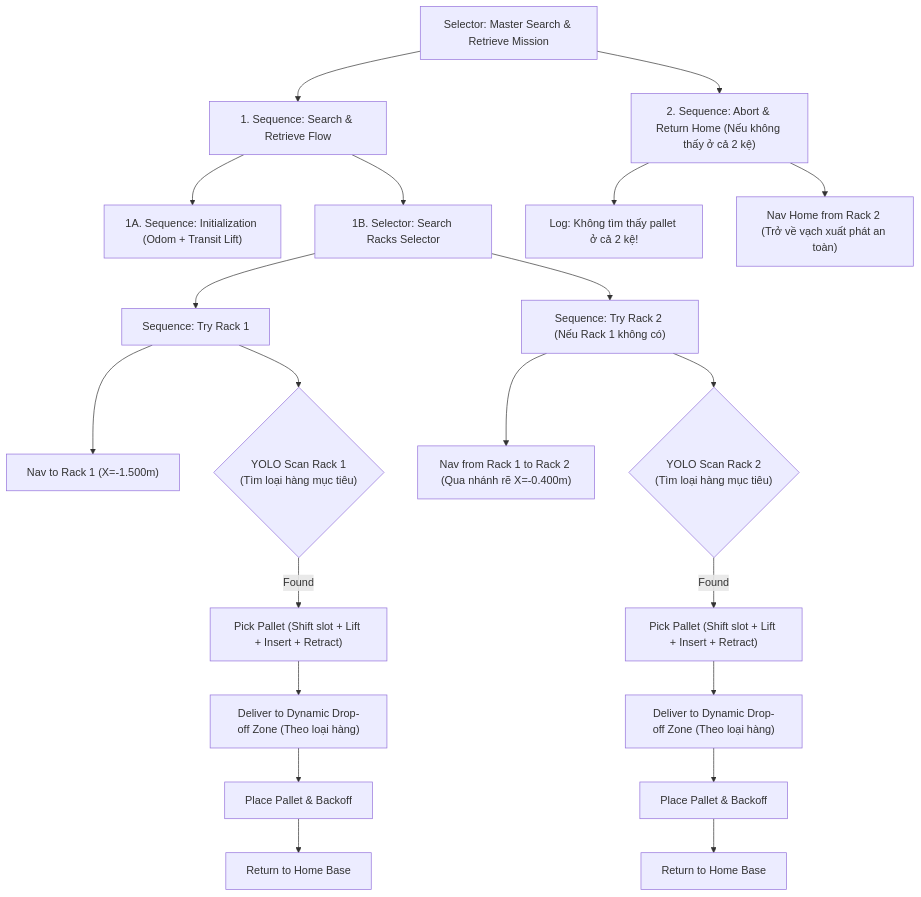
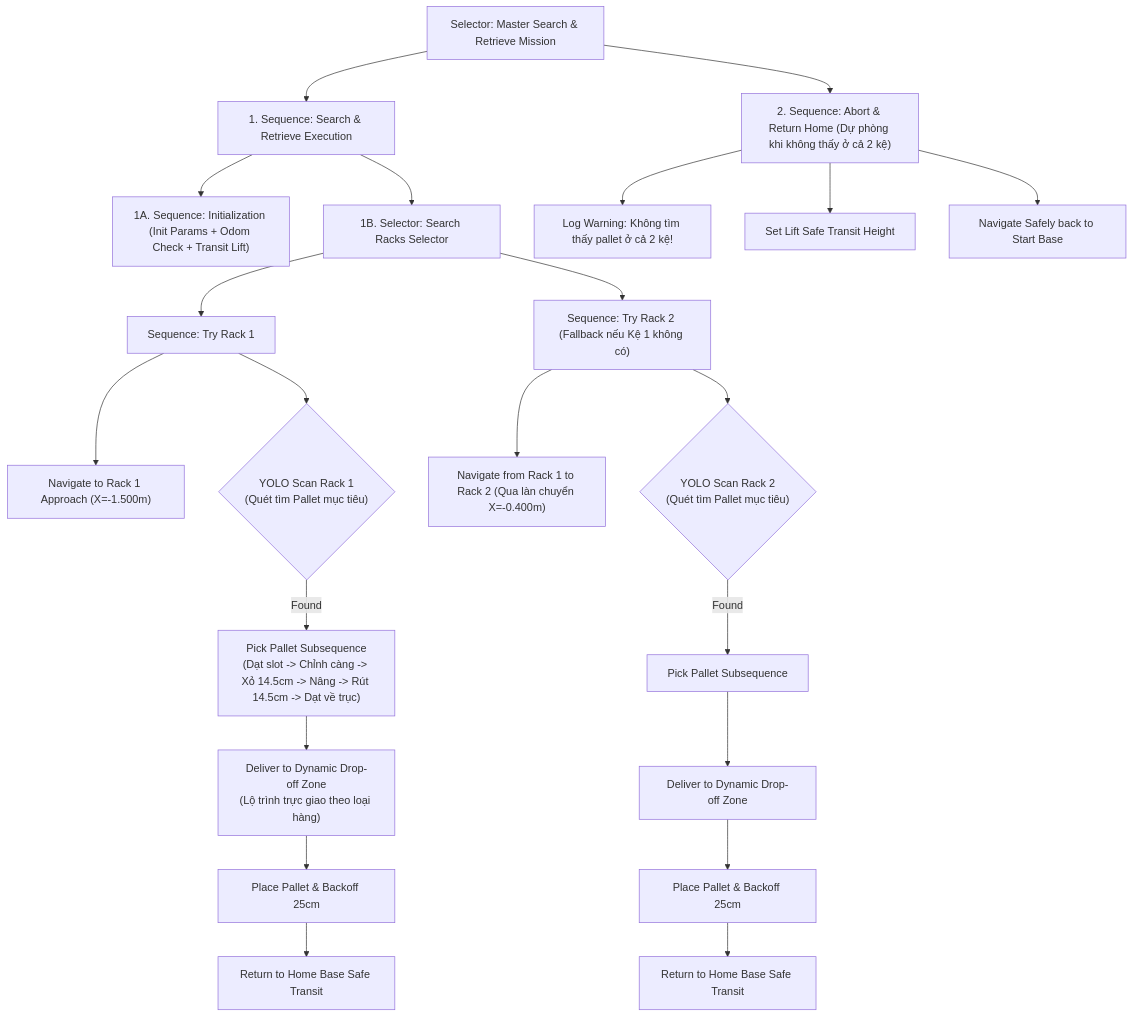
The diagram in src/robot0_navigation/README.md (vuquan2005/da-cdt), drawn with Mermaid before and after one commit. The commit also changed other lines of this file and 11 other files, not shown here.

````diff
--- a/src/robot0_navigation/README.md
+++ b/src/robot0_navigation/README.md
@@ -11,31 +23,32 @@
 ```mermaid
-graph TD
-    Master["Selector: Master Search & Retrieve Mission"] --> Flow["1. Sequence: Search & Retrieve Flow"]
-    Master --> Abort["2. Sequence: Abort & Return Home (Nếu không thấy ở cả 2 kệ)"]
+flowchart TD
+    Root["Selector: Master Search & Retrieve Mission"] --> Flow["1. Sequence: Search & Retrieve Execution"]
+    Root --> Abort["2. Sequence: Abort & Return Home (Dự phòng khi không thấy ở cả 2 kệ)"]
 
     %% Flow branches
-    Flow --> Init["1A. Sequence: Initialization (Odom + Transit Lift)"]
+    Flow --> Init["1A. Sequence: Initialization (Init Params + Odom Check + Transit Lift)"]
     Flow --> SearchSel["1B. Selector: Search Racks Selector"]
 
     %% Try Rack 1
     SearchSel --> TryR1["Sequence: Try Rack 1"]
-    TryR1 --> NavR1["Nav to Rack 1 (X=-1.500m)"]
-    TryR1 --> ScanR1{"YOLO Scan Rack 1<br/>(Tìm loại hàng mục tiêu)"}
-    ScanR1 -->|Found| PickR1["Pick Pallet (Shift slot + Lift + Insert + Retract)"]
-    PickR1 --> DeliverR1["Deliver to Dynamic Drop-off Zone (Theo loại hàng)"]
-    DeliverR1 --> PlaceR1["Place Pallet & Backoff"]
-    PlaceR1 --> ReturnR1["Return to Home Base"]
+    TryR1 --> NavR1["Navigate to Rack 1 Approach (X=-1.500m)"]
+    TryR1 --> ScanR1{"YOLO Scan Rack 1<br/>(Quét tìm Pallet mục tiêu)"}
+    ScanR1 -->|Found| PickR1["Pick Pallet Subsequence<br/>(Dạt slot -> Chỉnh càng -> Xỏ 14.5cm -> Nâng -> Rút 14.5cm -> Dạt về trục)"]
+    PickR1 --> DeliverR1["Deliver to Dynamic Drop-off Zone<br/>(Lộ trình trực giao theo loại hàng)"]
+    DeliverR1 --> PlaceR1["Place Pallet & Backoff 25cm"]
+    PlaceR1 --> ReturnR1["Return to Home Base Safe Transit"]
 
-    %% Try Rack 2 (Fallback if not found at Rack 1)
-    SearchSel --> TryR2["Sequence: Try Rack 2 (Nếu Rack 1 không có)"]
-    TryR2 --> NavR2["Nav from Rack 1 to Rack 2 (Qua nhánh rẽ X=-0.400m)"]
-    TryR2 --> ScanR2{"YOLO Scan Rack 2<br/>(Tìm loại hàng mục tiêu)"}
-    ScanR2 -->|Found| PickR2["Pick Pallet (Shift slot + Lift + Insert + Retract)"]
-    PickR2 --> DeliverR2["Deliver to Dynamic Drop-off Zone (Theo loại hàng)"]
-    DeliverR2 --> PlaceR2["Place Pallet & Backoff"]
-    PlaceR2 --> ReturnR2["Return to Home Base"]
+    %% Try Rack 2 (Fallback if Rack 1 does not have target pallet)
+    SearchSel --> TryR2["Sequence: Try Rack 2 (Fallback nếu Kệ 1 không có)"]
+    TryR2 --> NavR2["Navigate from Rack 1 to Rack 2 (Qua làn chuyển X=-0.400m)"]
+    TryR2 --> ScanR2{"YOLO Scan Rack 2<br/>(Quét tìm Pallet mục tiêu)"}
+    ScanR2 -->|Found| PickR2["Pick Pallet Subsequence"]
+    PickR2 --> DeliverR2["Deliver to Dynamic Drop-off Zone"]
+    DeliverR2 --> PlaceR2["Place Pallet & Backoff 25cm"]
+    PlaceR2 --> ReturnR2["Return to Home Base Safe Transit"]
 
     %% Abort flow
-    Abort --> AbortLog["Log: Không tìm thấy pallet ở cả 2 kệ!"]
-    Abort --> AbortNav["Nav Home from Rack 2 (Trở về vạch xuất phát an toàn)"]
+    Abort --> AbortLog["Log Warning: Không tìm thấy pallet ở cả 2 kệ!"]
+    Abort --> AbortLift["Set Lift Safe Transit Height"]
+    Abort --> AbortNav["Navigate Safely back to Start Base"]
 ```
````
